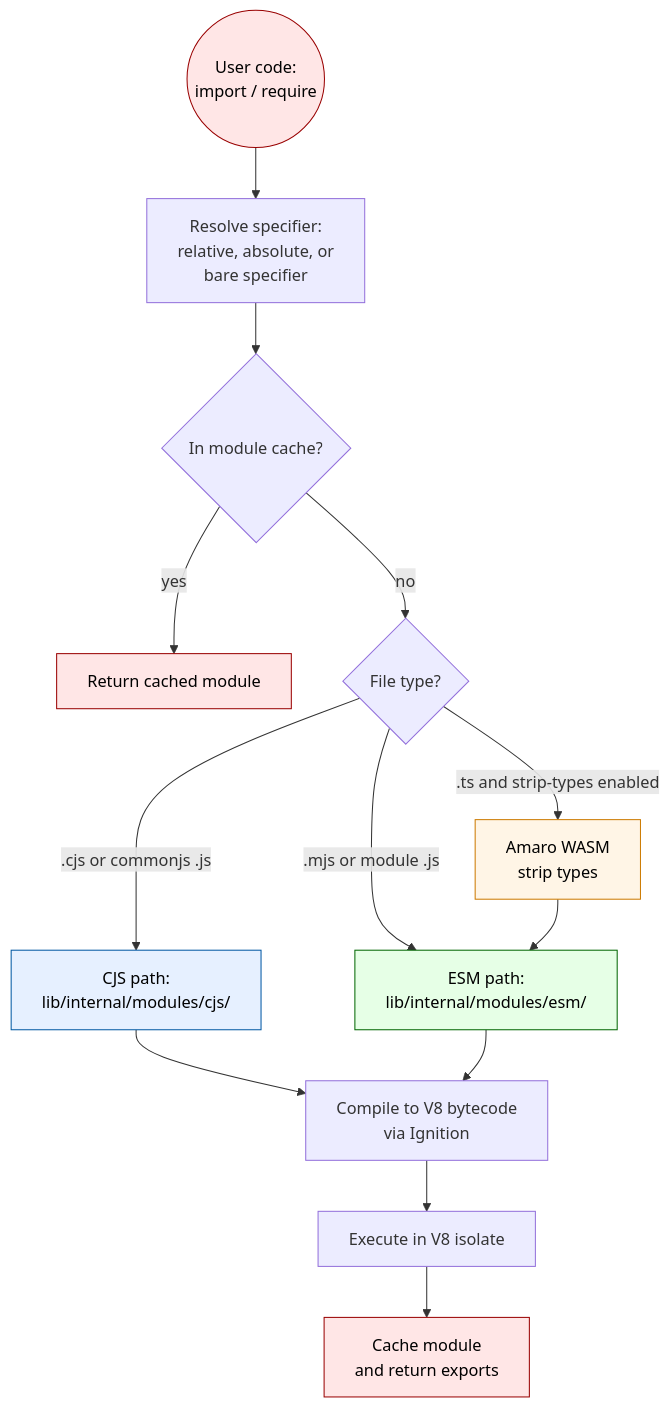
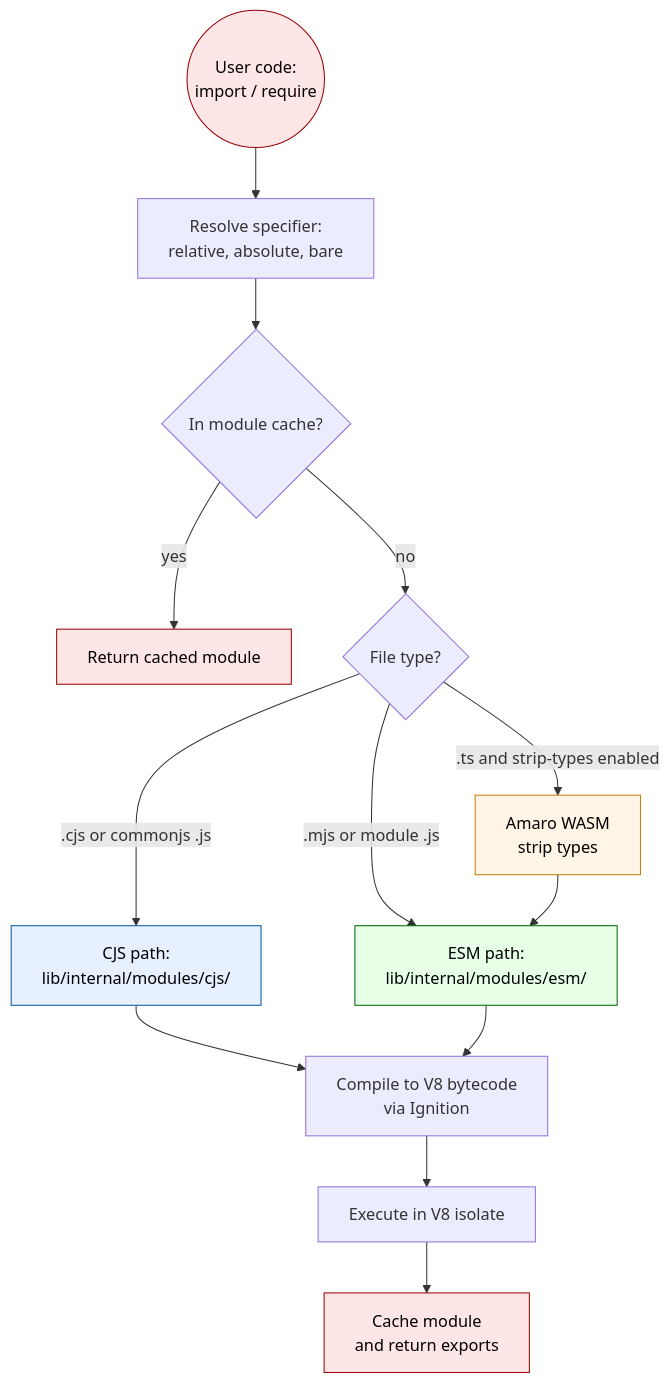
Before and after one commit to ajitblitzy/Lakshya_Nested_Folder: the second of 2 diagrams in Vs_Repo-main/doc/architecture/runtime.md, drawn with Mermaid. The commit also changed other lines of this file and 10 other files, not shown here.

````diff
--- a/Vs_Repo-main/doc/architecture/runtime.md
+++ b/Vs_Repo-main/doc/architecture/runtime.md
@@ -101,24 +105,24 @@
 ```mermaid
 flowchart TB
-    Start((User code:<br/>import / require)) --> Resolve[Resolve specifier:<br/>relative, absolute, or<br/>bare specifier]
+    Start((User code:<br/>import / require)) --> Resolve[Resolve specifier:<br/>relative, absolute, bare]
     Resolve --> Cache{In module cache?}
     Cache -- yes --> Cached[Return cached module]
     Cache -- no --> Type{File type?}
     Type -- .cjs or commonjs .js --> CJSLoad[CJS path:<br/>lib/internal/modules/cjs/]
     Type -- .mjs or module .js --> ESMLoad[ESM path:<br/>lib/internal/modules/esm/]
     Type -- .ts and strip-types enabled --> TSStrip[Amaro WASM<br/>strip types]
     TSStrip --> ESMLoad
     CJSLoad --> Compile[Compile to V8 bytecode<br/>via Ignition]
     ESMLoad --> Compile
     Compile --> Execute[Execute in V8 isolate]
     Execute --> Cached2[Cache module<br/>and return exports]
 
     classDef io fill:#ffe6e6,stroke:#990000,color:#000
     classDef cjs fill:#e6f0ff,stroke:#0058a3,color:#000
     classDef esm fill:#e6ffe6,stroke:#006600,color:#000
     classDef ts fill:#fff5e6,stroke:#cc7a00,color:#000
     class Start,Cached,Cached2 io
     class CJSLoad cjs
     class ESMLoad esm
     class TSStrip ts
 ```
````
